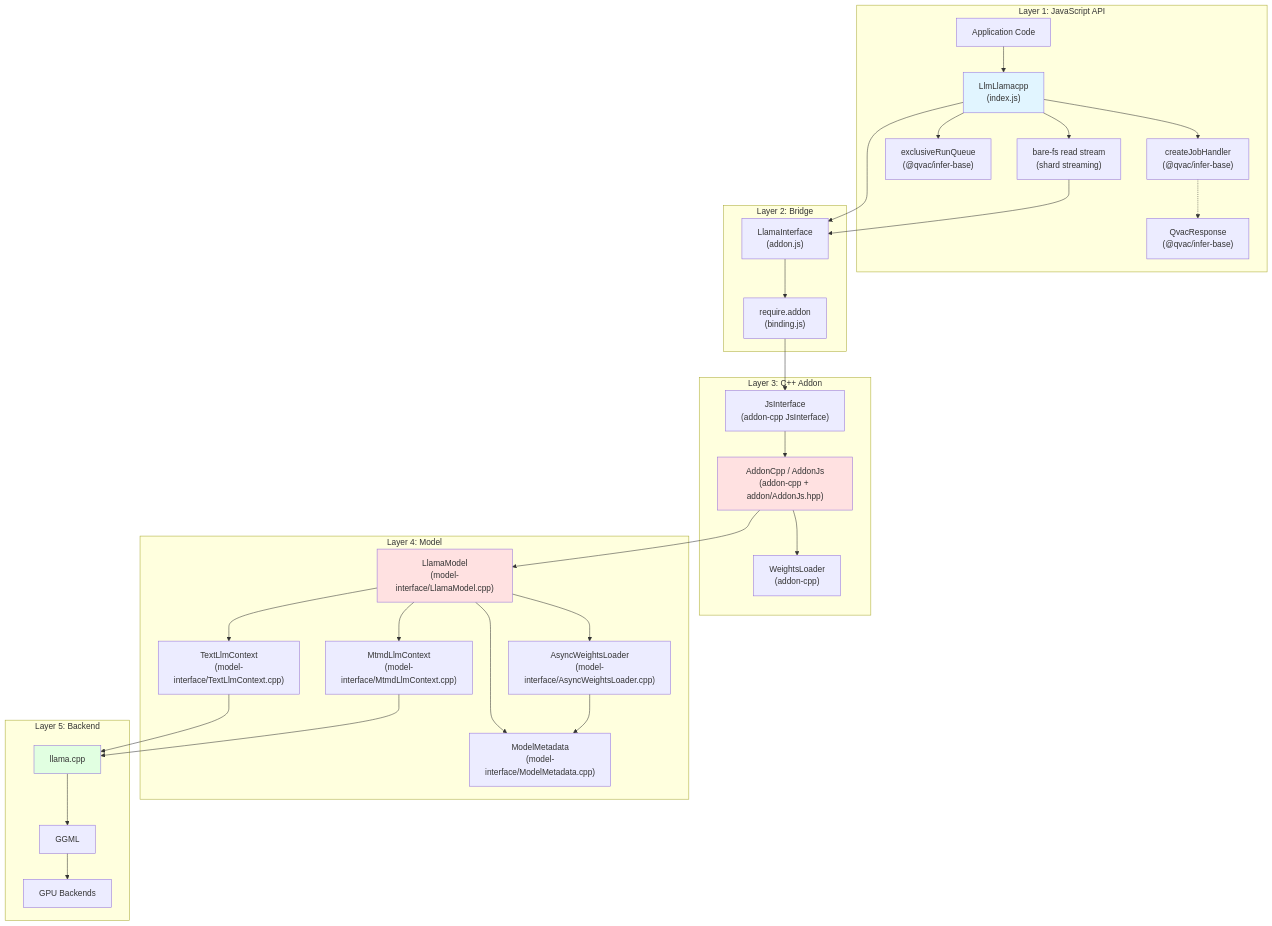
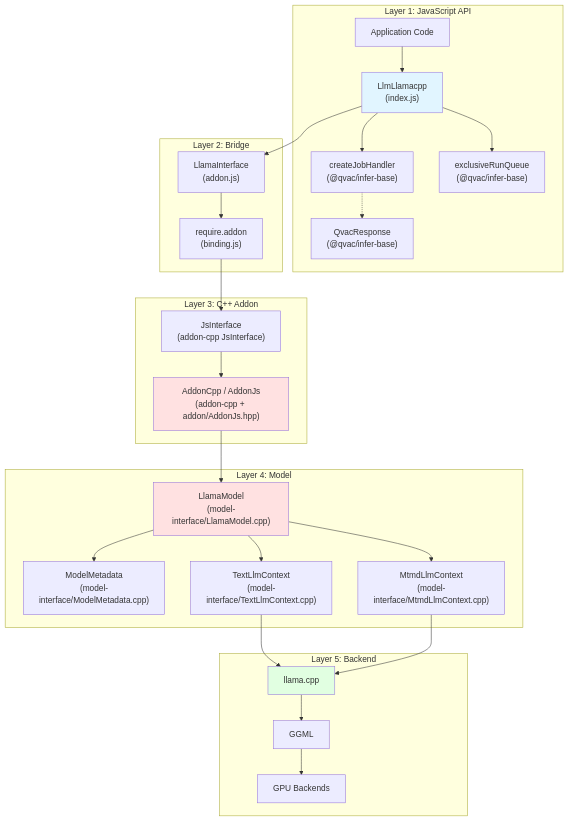
The third of 4 diagrams in packages/llm-llamacpp/docs/architecture.md (tetherto/qvac), drawn with Mermaid before and after one commit. The commit also changed other lines of this file and 80 other files, not shown here.

````diff
--- a/packages/llm-llamacpp/docs/architecture.md
+++ b/packages/llm-llamacpp/docs/architecture.md
@@ -269,67 +268,59 @@
 ```mermaid
 graph TB
     subgraph "Layer 1: JavaScript API"
         APP["Application Code"]
         LLMCLASS["LlmLlamacpp<br/>(index.js)"]
         JOBH["createJobHandler<br/>(@qvac/infer-base)"]
         RUNQ["exclusiveRunQueue<br/>(@qvac/infer-base)"]
         RESPONSE["QvacResponse<br/>(@qvac/infer-base)"]
-        BAREFS["bare-fs read stream<br/>(shard streaming)"]
     end
 
     subgraph "Layer 2: Bridge"
         LLAMAIF["LlamaInterface<br/>(addon.js)"]
         BINDING["require.addon<br/>(binding.js)"]
     end
 
     subgraph "Layer 3: C++ Addon"
         JSINTERFACE["JsInterface<br/>(addon-cpp JsInterface)"]
         ADDONCPP["AddonCpp / AddonJs<br/>(addon-cpp + addon/AddonJs.hpp)"]
-        WEIGHTSLOAD["WeightsLoader<br/>(addon-cpp)"]
     end
 
     subgraph "Layer 4: Model"
         LLAMAMODEL["LlamaModel<br/>(model-interface/LlamaModel.cpp)"]
         METADATA["ModelMetadata<br/>(model-interface/ModelMetadata.cpp)"]
-        ASYNCWL["AsyncWeightsLoader<br/>(model-interface/AsyncWeightsLoader.cpp)"]
         TEXTCTX["TextLlmContext<br/>(model-interface/TextLlmContext.cpp)"]
         MTMDCTX["MtmdLlmContext<br/>(model-interface/MtmdLlmContext.cpp)"]
     end
 
     subgraph "Layer 5: Backend"
         LLAMACPP["llama.cpp"]
         GGML["GGML"]
         GPU["GPU Backends"]
     end
 
     APP --> LLMCLASS
     LLMCLASS --> JOBH
     LLMCLASS --> RUNQ
-    LLMCLASS --> BAREFS
     LLMCLASS --> LLAMAIF
     JOBH -.-> RESPONSE
 
     LLAMAIF --> BINDING
     BINDING --> JSINTERFACE
-    BAREFS --> LLAMAIF
 
     JSINTERFACE --> ADDONCPP
-    ADDONCPP --> WEIGHTSLOAD
     ADDONCPP --> LLAMAMODEL
 
     LLAMAMODEL --> METADATA
-    LLAMAMODEL --> ASYNCWL
-    ASYNCWL --> METADATA
     LLAMAMODEL --> TEXTCTX
     LLAMAMODEL --> MTMDCTX
     TEXTCTX --> LLAMACPP
     MTMDCTX --> LLAMACPP
 
     LLAMACPP --> GGML
     GGML --> GPU
 
     style LLMCLASS fill:#e1f5ff
     style ADDONCPP fill:#ffe1e1
     style LLAMAMODEL fill:#ffe1e1
     style LLAMACPP fill:#e1ffe1
 ```
````
